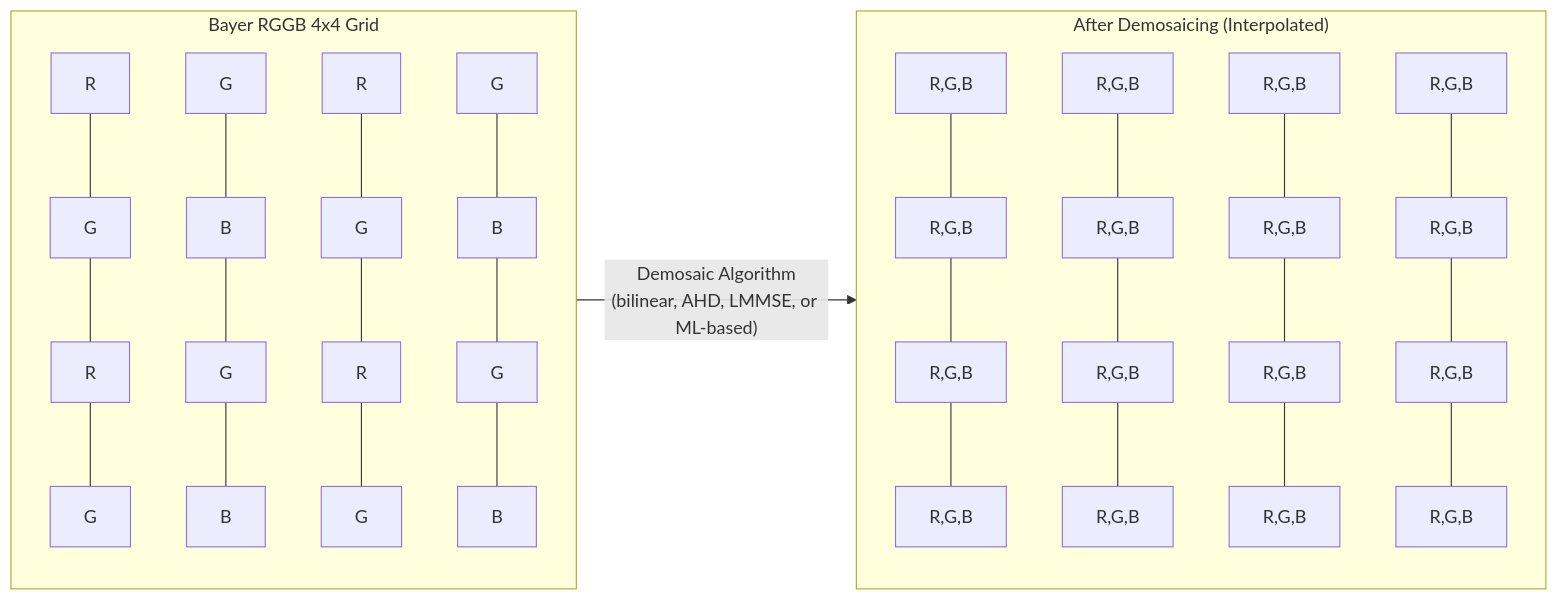
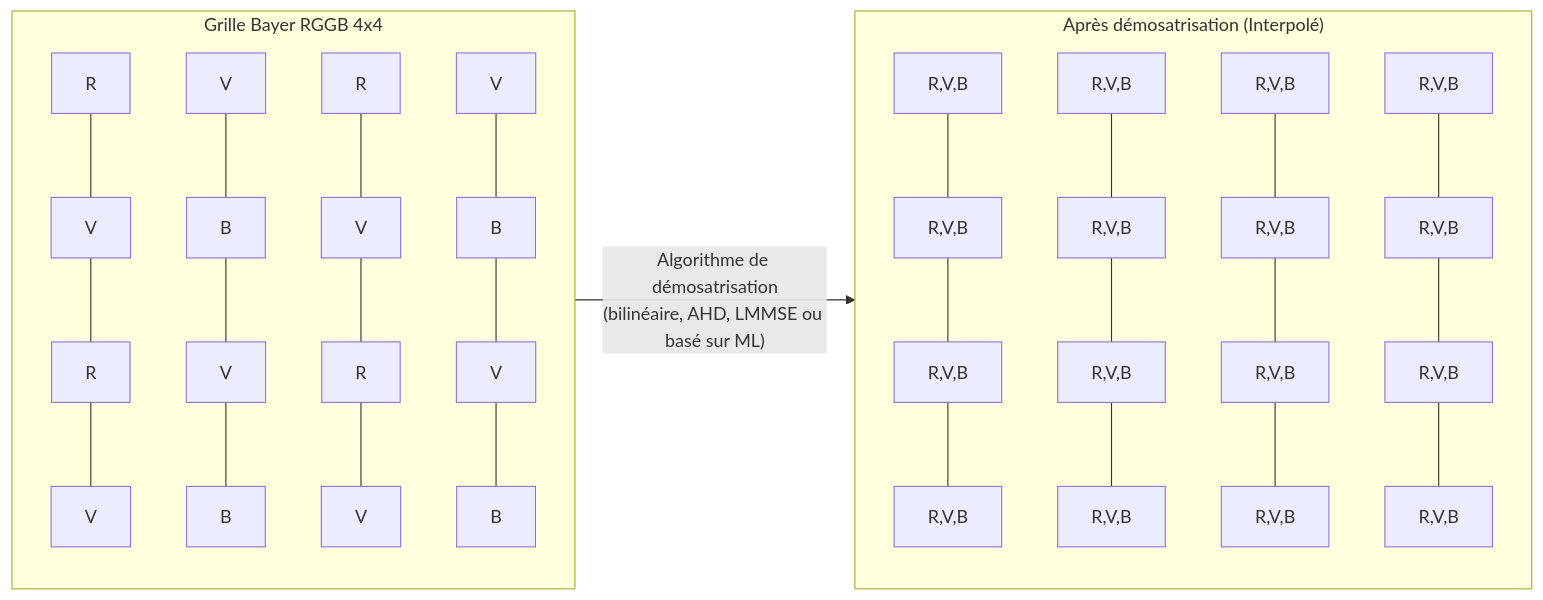
The second of 3 diagrams in website/i18n/fr/docusaurus-plugin-content-docs/current/camera2/raw-photography.md (zoozooll/AndroidCameraParameters), drawn with Mermaid before and after one commit. The commit also changed other lines of this file and 378 other files, not shown here.

````diff
--- a/website/i18n/fr/docusaurus-plugin-content-docs/current/camera2/raw-photography.md
+++ b/website/i18n/fr/docusaurus-plugin-content-docs/current/camera2/raw-photography.md
@@ -67,18 +67,18 @@
 ```mermaid
 graph LR
-    subgraph CFA["Bayer RGGB 4x4 Grid"]
+    subgraph CFA["Grille Bayer RGGB 4x4"]
         direction TB
-        R11["R"] --- G12["G"] --- R13["R"] --- G14["G"]
-        G21["G"] --- B22["B"] --- G23["G"] --- B24["B"]
-        R31["R"] --- G32["G"] --- R33["R"] --- G34["G"]
-        G41["G"] --- B42["B"] --- G43["G"] --- B44["B"]
+        R11["R"] --- G12["V"] --- R13["R"] --- G14["V"]
+        G21["V"] --- B22["B"] --- G23["V"] --- B24["B"]
+        R31["R"] --- G32["V"] --- R33["R"] --- G34["V"]
+        G41["V"] --- B42["B"] --- G43["V"] --- B44["B"]
     end
-    subgraph DEMO["After Demosaicing (Interpolated)"]
+    subgraph DEMO["Après démosatrisation (Interpolé)"]
         direction TB
-        P11["R,G,B"] --- P12["R,G,B"] --- P13["R,G,B"] --- P14["R,G,B"]
-        P21["R,G,B"] --- P22["R,G,B"] --- P23["R,G,B"] --- P24["R,G,B"]
-        P31["R,G,B"] --- P32["R,G,B"] --- P33["R,G,B"] --- P34["R,G,B"]
-        P41["R,G,B"] --- P42["R,G,B"] --- P43["R,G,B"] --- P44["R,G,B"]
+        P11["R,V,B"] --- P12["R,V,B"] --- P13["R,V,B"] --- P14["R,V,B"]
+        P21["R,V,B"] --- P22["R,V,B"] --- P23["R,V,B"] --- P24["R,V,B"]
+        P31["R,V,B"] --- P32["R,V,B"] --- P33["R,V,B"] --- P34["R,V,B"]
+        P41["R,V,B"] --- P42["R,V,B"] --- P43["R,V,B"] --- P44["R,V,B"]
     end
-    CFA -->|"Demosaic Algorithm\n(bilinear, AHD, LMMSE, or ML-based)"| DEMO
+    CFA -->|"Algorithme de démosatrisation<br/>(bilinéaire, AHD, LMMSE ou basé sur ML)"| DEMO
 ```
````
